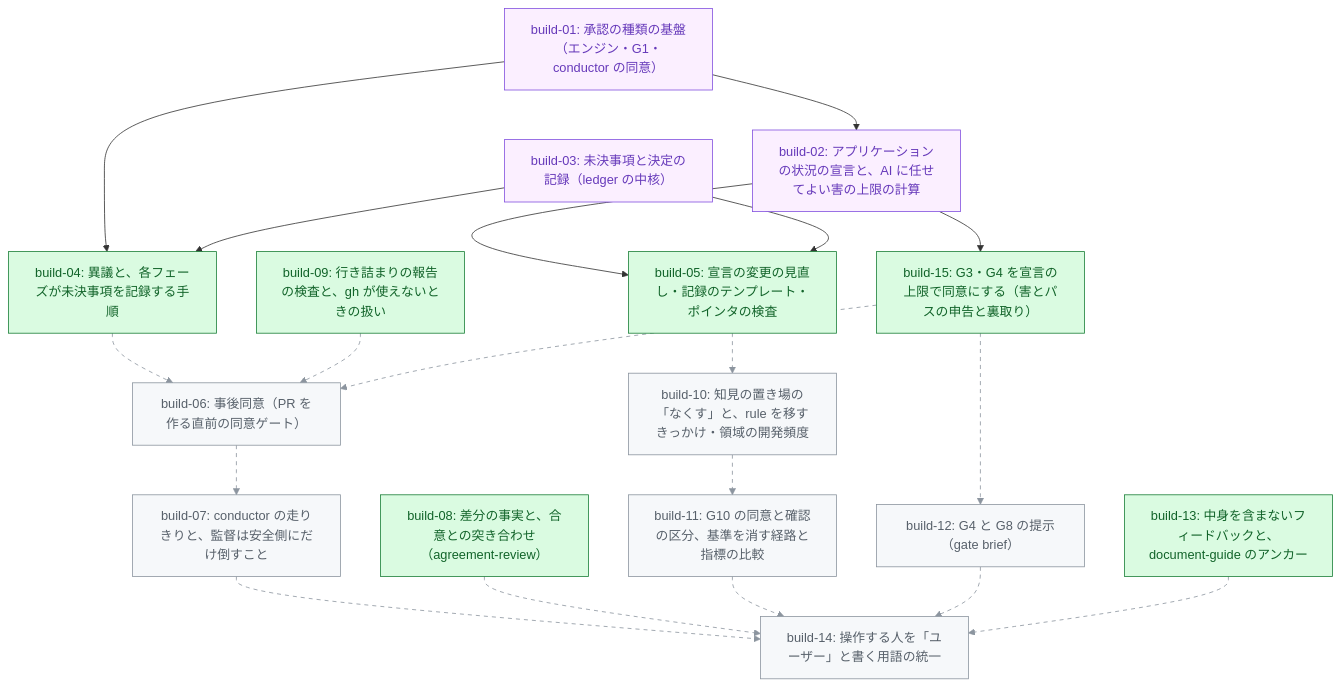
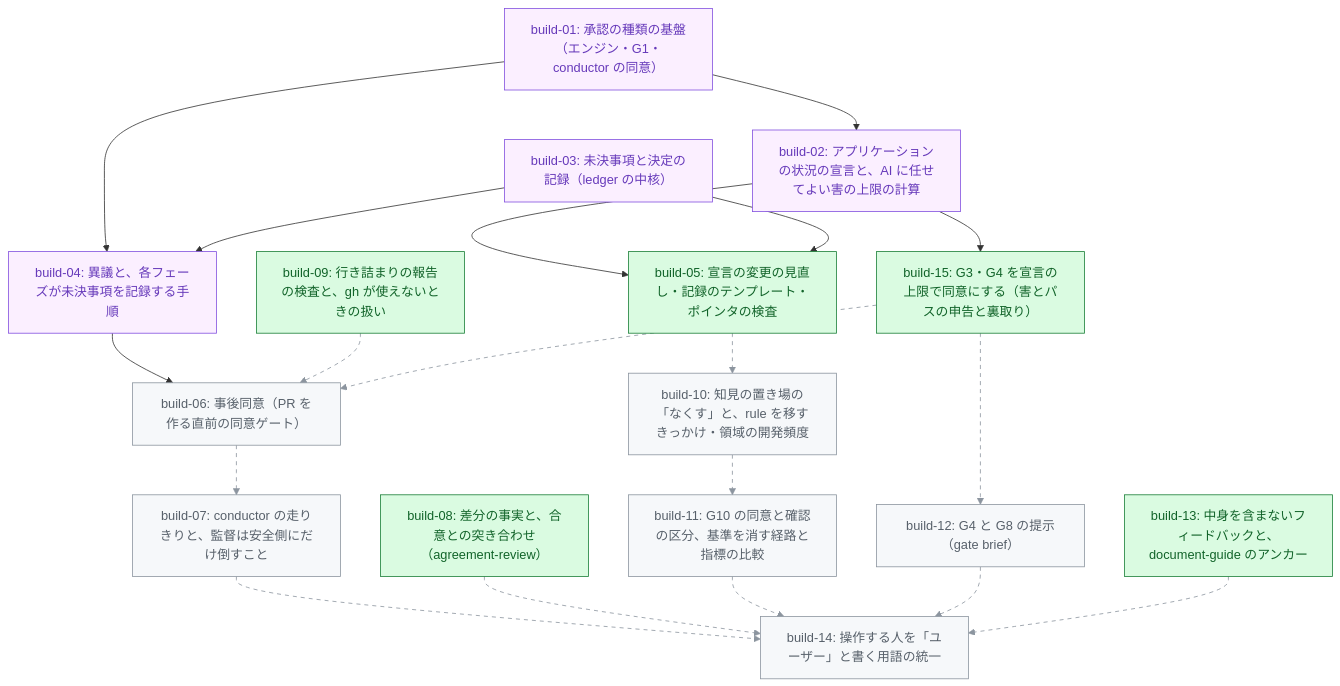
Before and after one commit to tak-solder/hikyaku: the diagram in .hikyaku/cycles/001-v3-core-concepts/tasklist.md, drawn with Mermaid. The commit also changed other lines of this file and 1 other file, not shown here.

Commit message:
builder(001-v3-core-concepts): build-04 の PR を記録する（#112）
Claude-Session: https://claude.ai/code/session_01RJieNbZxJTuNKqjvWpTagW

````diff
--- a/.hikyaku/cycles/001-v3-core-concepts/tasklist.md
+++ b/.hikyaku/cycles/001-v3-core-concepts/tasklist.md
@@ -30,43 +30,43 @@
 ```mermaid
 graph TD
   b01["build-01: 承認の種類の基盤（エンジン・G1・conductor の同意）"]
   b02["build-02: アプリケーションの状況の宣言と、AI に任せてよい害の上限の計算"]
   b03["build-03: 未決事項と決定の記録（ledger の中核）"]
   b04["build-04: 異議と、各フェーズが未決事項を記録する手順"]
   b05["build-05: 宣言の変更の見直し・記録のテンプレート・ポインタの検査"]
   b06["build-06: 事後同意（PR を作る直前の同意ゲート）"]
   b07["build-07: conductor の走りきりと、監督は安全側にだけ倒すこと"]
   b08["build-08: 差分の事実と、合意との突き合わせ（agreement-review）"]
   b09["build-09: 行き詰まりの報告の検査と、gh が使えないときの扱い"]
   b10["build-10: 知見の置き場の「なくす」と、rule を移すきっかけ・領域の開発頻度"]
   b11["build-11: G10 の同意と確認の区分、基準を消す経路と指標の比較"]
   b12["build-12: G4 と G8 の提示（gate brief）"]
   b13["build-13: 中身を含まないフィードバックと、document-guide のアンカー"]
   b14["build-14: 操作する人を「ユーザー」と書く用語の統一"]
   b15["build-15: G3・G4 を宣言の上限で同意にする（害とパスの申告と裏取り）"]
   b01 --> b02
   b01 --> b04
   b03 --> b04
   b02 --> b05
   b03 --> b05
-  b04 -.-> b06
+  b04 --> b06
   b09 -.-> b06
   b15 -.-> b06
   b06 -.-> b07
   b05 -.-> b10
   b10 -.-> b11
   b15 -.-> b12
   b07 -.-> b14
   b08 -.-> b14
   b11 -.-> b14
   b12 -.-> b14
   b13 -.-> b14
   b02 --> b15
   classDef merged fill:#fbefff,stroke:#8250df,color:#6639ba
   classDef ready fill:#dafbe1,stroke:#1a7f37,color:#116329
   classDef blocked fill:#f6f8fa,stroke:#8c959f,color:#57606a
-  class b01,b02,b03 merged
-  class b04,b05,b08,b09,b13,b15 ready
+  class b01,b02,b03,b04 merged
+  class b05,b08,b09,b13,b15 ready
   class b06,b07,b10,b11,b12,b14 blocked
-  linkStyle 5,6,7,8,9,10,11,12,13,14,15,16 stroke:#8c959f,stroke-dasharray:5 5
+  linkStyle 6,7,8,9,10,11,12,13,14,15,16 stroke:#8c959f,stroke-dasharray:5 5
 ```
````
